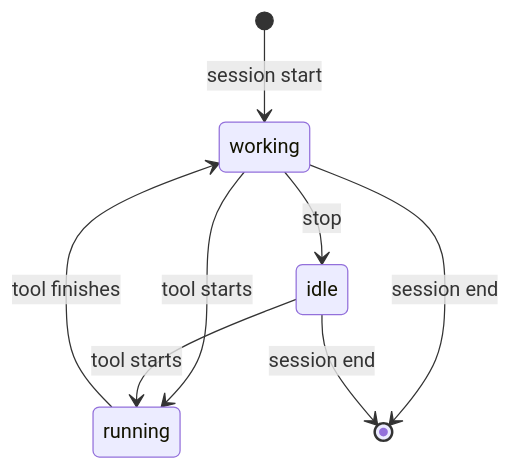
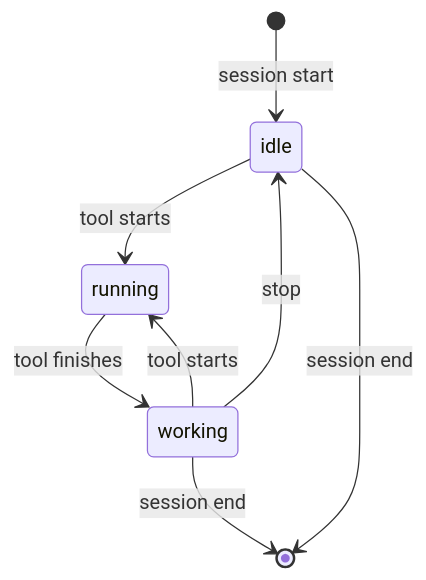
The eighth of 8 diagrams in docs/design.md (AJTJ/airunner), drawn with Mermaid before and after one commit. The commit also changed other lines of this file and 8 other files, not shown here.

First line of the commit message:
fix(fanout): tell every worker without a claim, and start sessions idle

````diff
--- a/docs/design.md
+++ b/docs/design.md
@@ -535,10 +535,10 @@
 ```mermaid
 stateDiagram-v2
-  [*] --> working: session start
+  [*] --> idle: session start
   working --> running: tool starts
   running --> working: tool finishes
   working --> idle: stop
   idle --> running: tool starts
   working --> [*]: session end
   idle --> [*]: session end
 ```
````
